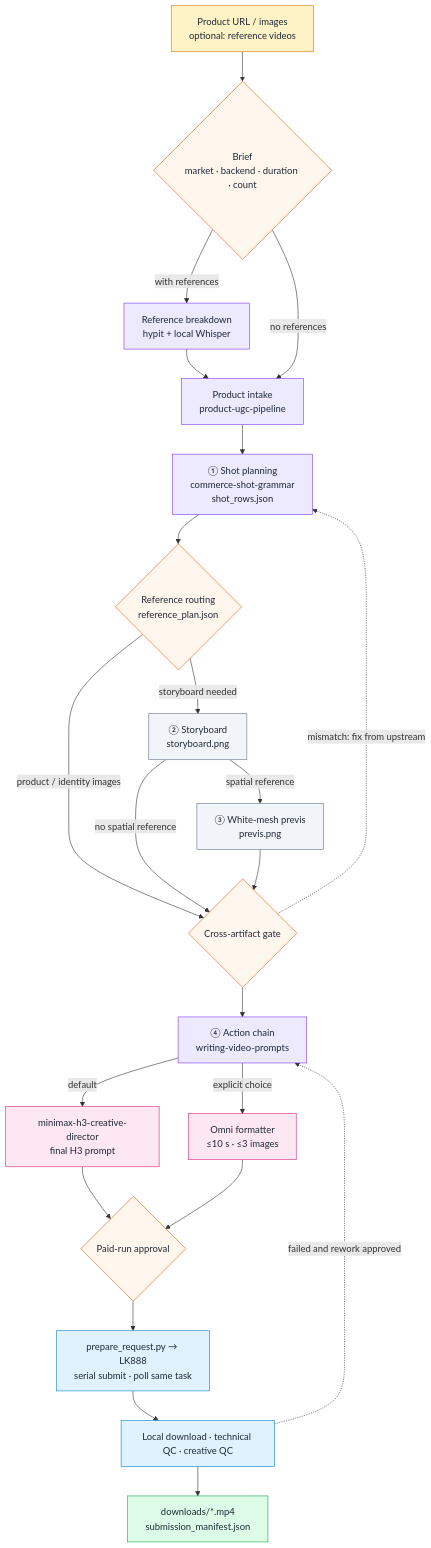
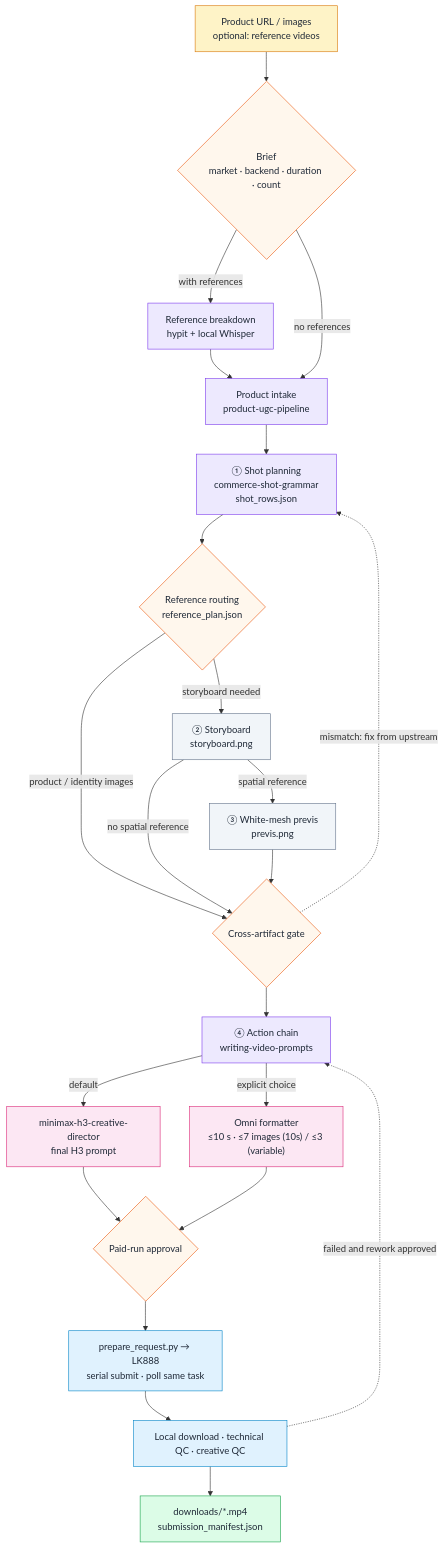
Before and after one commit to peipeijiang/ad-muse: the diagram in README.en.md, drawn with Mermaid. The commit also changed other lines of this file and 5 other files, not shown here.

````diff
--- a/README.en.md
+++ b/README.en.md
@@ -30,42 +30,42 @@
 ```mermaid
 flowchart TD
   IN["Product URL / images<br/>optional: reference videos"]:::input
   G1{"Brief<br/>market · backend · duration · count"}:::gate
   HY["Reference breakdown<br/>hypit + local Whisper"]:::skill
   PUP["Product intake<br/>product-ugc-pipeline"]:::skill
   CSG["① Shot planning<br/>commerce-shot-grammar<br/>shot_rows.json"]:::skill
   RT{"Reference routing<br/>reference_plan.json"}:::gate
   SB["② Storyboard<br/>storyboard.png"]:::artifact
   PV["③ White-mesh previs<br/>previs.png"]:::artifact
   XQC{"Cross-artifact gate"}:::gate
   WVP["④ Action chain<br/>writing-video-prompts"]:::skill
   H3D["minimax-h3-creative-director<br/>final H3 prompt"]:::model
-  OMF["Omni formatter<br/>≤10 s · ≤3 images"]:::model
+  OMF["Omni formatter<br/>≤10 s · ≤7 images (10s) / ≤3 (variable)"]:::model
   G2{"Paid-run approval"}:::gate
   SUB["prepare_request.py → LK888<br/>serial submit · poll same task"]:::tool
   QC["Local download · technical QC · creative QC"]:::tool
   OUT["downloads/*.mp4<br/>submission_manifest.json"]:::output
 
   IN --> G1
   G1 -->|with references| HY --> PUP
   G1 -->|no references| PUP
   PUP --> CSG --> RT
   RT -->|product / identity images| XQC
   RT -->|storyboard needed| SB
   SB -->|no spatial reference| XQC
   SB -->|spatial reference| PV --> XQC
   XQC -.mismatch: fix from upstream.-> CSG
   XQC --> WVP
   WVP -->|default| H3D --> G2
   WVP -->|explicit choice| OMF --> G2
   G2 --> SUB --> QC --> OUT
   QC -.failed and rework approved.-> WVP
 
   classDef input fill:#fef3c7,stroke:#d97706,color:#1f2937
   classDef skill fill:#ede9fe,stroke:#7c3aed,color:#1f2937
   classDef tool fill:#e0f2fe,stroke:#0284c7,color:#1f2937
   classDef model fill:#fce7f3,stroke:#db2777,color:#1f2937
   classDef gate fill:#fff7ed,stroke:#ea580c,color:#1f2937
   classDef artifact fill:#f1f5f9,stroke:#64748b,color:#1f2937
   classDef output fill:#dcfce7,stroke:#16a34a,color:#1f2937
 ```
````
